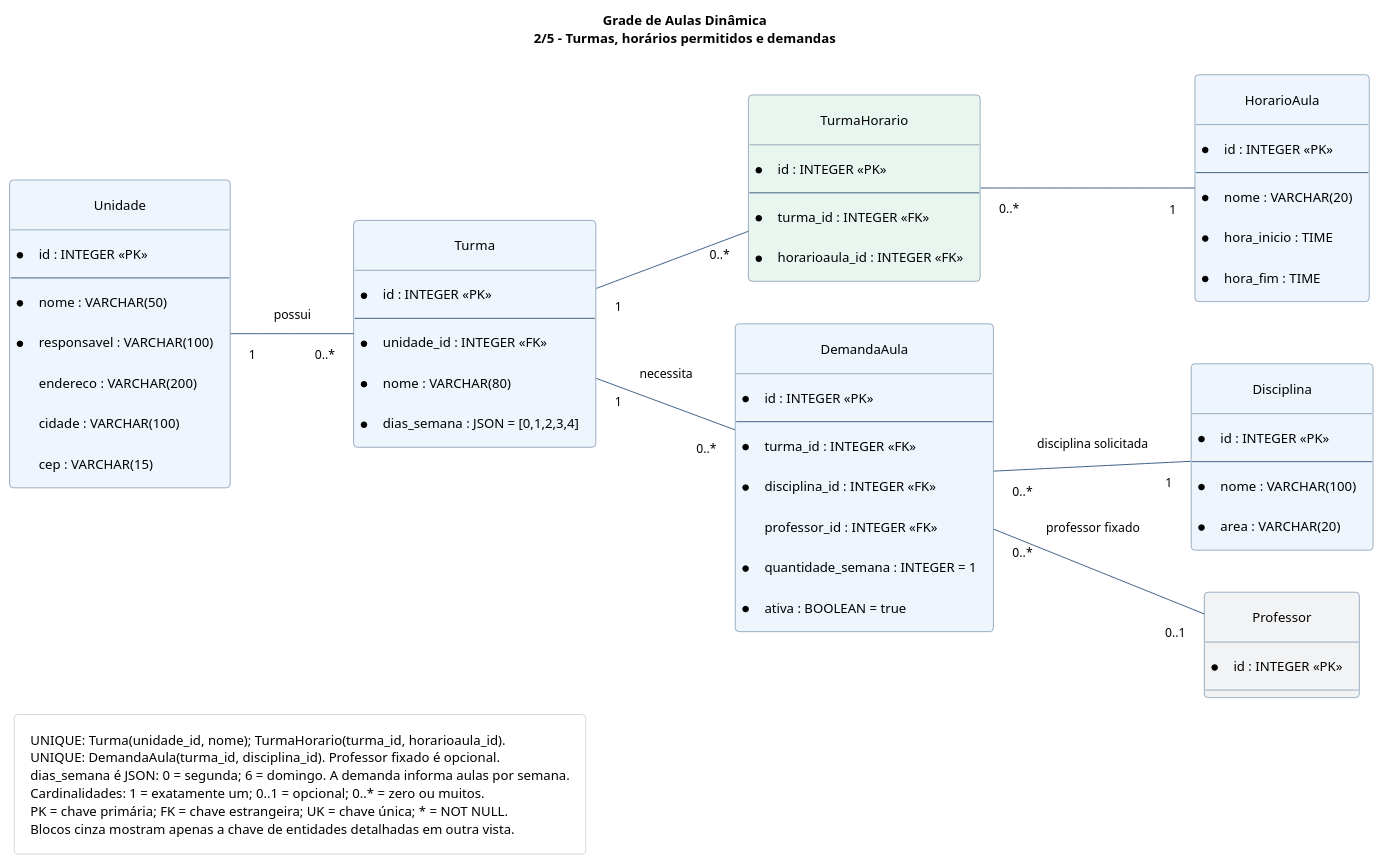
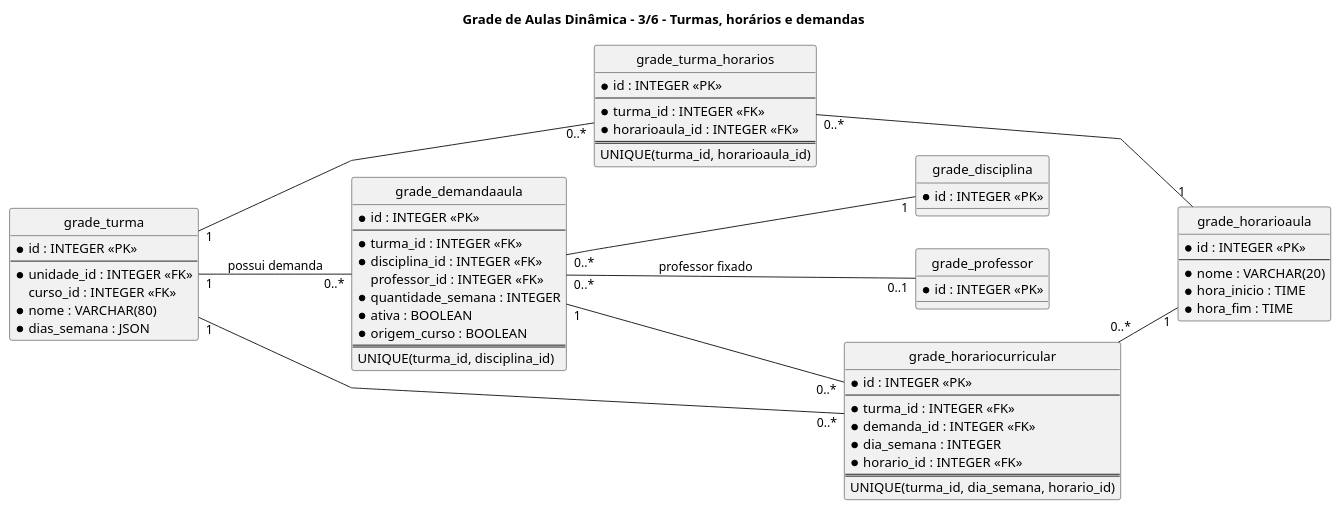
The third of 6 diagrams in docs/diagrama-entidade-relacionamento.puml (Jv-dornelas/Grade-de-Aulas-Dinamica), drawn with PlantUML before and after one commit. The commit also changed other lines of this file and 17 other files, not shown here.

```diff
--- a/docs/diagrama-entidade-relacionamento.puml
+++ b/docs/diagrama-entidade-relacionamento.puml
@@ -94,85 +151,73 @@
-@startuml DER_02_Planejamento
-title
-Grade de Aulas Dinâmica
-2/5 - Turmas, horários permitidos e demandas
-end title
+@startuml DER_03_Planejamento
+title Grade de Aulas Dinâmica - 3/6 - Turmas, horários e demandas
 left to right direction
 hide circle
-skinparam shadowing false
 skinparam linetype polyline
-skinparam defaultFontName Arial
-skinparam defaultFontSize 14
-skinparam ArrowFontSize 13
-skinparam nodesep 45
-skinparam ranksep 65
-skinparam padding 12
-skinparam roundcorner 8
-skinparam classBorderColor #365B80
-skinparam ArrowColor #365B80
-skinparam legendBackgroundColor #FFFFFF
-skinparam legendBorderColor #CCD6E0
 
-entity "Unidade" as Unidade #EEF5FC {
-  * id : INTEGER <<PK>>
-  --
-  * nome : VARCHAR(50)
-  * responsavel : VARCHAR(100)
-  endereco : VARCHAR(200)
-  cidade : VARCHAR(100)
-  cep : VARCHAR(15)
-}
-entity "Turma" as Turma #EEF5FC {
-  * id : INTEGER <<PK>>
-  --
-  * unidade_id : INTEGER <<FK>>
-  * nome : VARCHAR(80)
-  * dias_semana : JSON = [0,1,2,3,4]
-}
-entity "HorarioAula" as HorarioAula #EEF5FC {
+entity "grade_horarioaula" as Horario {
   * id : INTEGER <<PK>>
   --
   * nome : VARCHAR(20)
   * hora_inicio : TIME
   * hora_fim : TIME
 }
-entity "TurmaHorario" as TurmaHorario #E9F5EF {
+
+entity "grade_turma" as Turma {
+  * id : INTEGER <<PK>>
+  --
+  * unidade_id : INTEGER <<FK>>
+  curso_id : INTEGER <<FK>>
+  * nome : VARCHAR(80)
+  * dias_semana : JSON
+}
+
+entity "grade_turma_horarios" as TurmaHorario {
   * id : INTEGER <<PK>>
   --
   * turma_id : INTEGER <<FK>>
   * horarioaula_id : INTEGER <<FK>>
+  ==
+  UNIQUE(turma_id, horarioaula_id)
 }
-entity "DemandaAula" as DemandaAula #EEF5FC {
+
+entity "grade_demandaaula" as Demanda {
   * id : INTEGER <<PK>>
   --
   * turma_id : INTEGER <<FK>>
   * disciplina_id : INTEGER <<FK>>
   professor_id : INTEGER <<FK>>
-  * quantidade_semana : INTEGER = 1
-  * ativa : BOOLEAN = true
+  * quantidade_semana : INTEGER
+  * ativa : BOOLEAN
+  * origem_curso : BOOLEAN
+  ==
+  UNIQUE(turma_id, disciplina_id)
 }
-entity "Disciplina" as Disciplina #EEF5FC {
+
+entity "grade_horariocurricular" as HorarioCurricular {
   * id : INTEGER <<PK>>
   --
-  * nome : VARCHAR(100)
-  * area : VARCHAR(20)
+  * turma_id : INTEGER <<FK>>
+  * demanda_id : INTEGER <<FK>>
+  * dia_semana : INTEGER
+  * horario_id : INTEGER <<FK>>
+  ==
+  UNIQUE(turma_id, dia_semana, horario_id)
 }
-entity "Professor" as Professor #F1F3F5 {
+
+entity "grade_disciplina" as Disciplina {
   * id : INTEGER <<PK>>
 }
 
-Unidade "1" -- "0..*" Turma : possui
+entity "grade_professor" as Professor {
+  * id : INTEGER <<PK>>
+}
+
 Turma "1" -- "0..*" TurmaHorario
-TurmaHorario "0..*" -- "1" HorarioAula
-Turma "1" -- "0..*" DemandaAula : necessita
-DemandaAula "0..*" -- "1" Disciplina : disciplina solicitada
-DemandaAula "0..*" -- "0..1" Professor : professor fixado
-
-legend bottom left
-  UNIQUE: Turma(unidade_id, nome); TurmaHorario(turma_id, horarioaula_id).
-  UNIQUE: DemandaAula(turma_id, disciplina_id). Professor fixado é opcional.
-  dias_semana é JSON: 0 = segunda; 6 = domingo. A demanda informa aulas por semana.
-  Cardinalidades: 1 = exatamente um; 0..1 = opcional; 0..* = zero ou muitos.
-  PK = chave primária; FK = chave estrangeira; UK = chave única; * = NOT NULL.
-  Blocos cinza mostram apenas a chave de entidades detalhadas em outra vista.
-endlegend
+TurmaHorario "0..*" -- "1" Horario
+Turma "1" -- "0..*" Demanda : possui demanda
+Demanda "0..*" -- "1" Disciplina
+Demanda "0..*" -- "0..1" Professor : professor fixado
+Turma "1" -- "0..*" HorarioCurricular
+Demanda "1" -- "0..*" HorarioCurricular
+HorarioCurricular "0..*" -- "1" Horario
 @enduml
```
